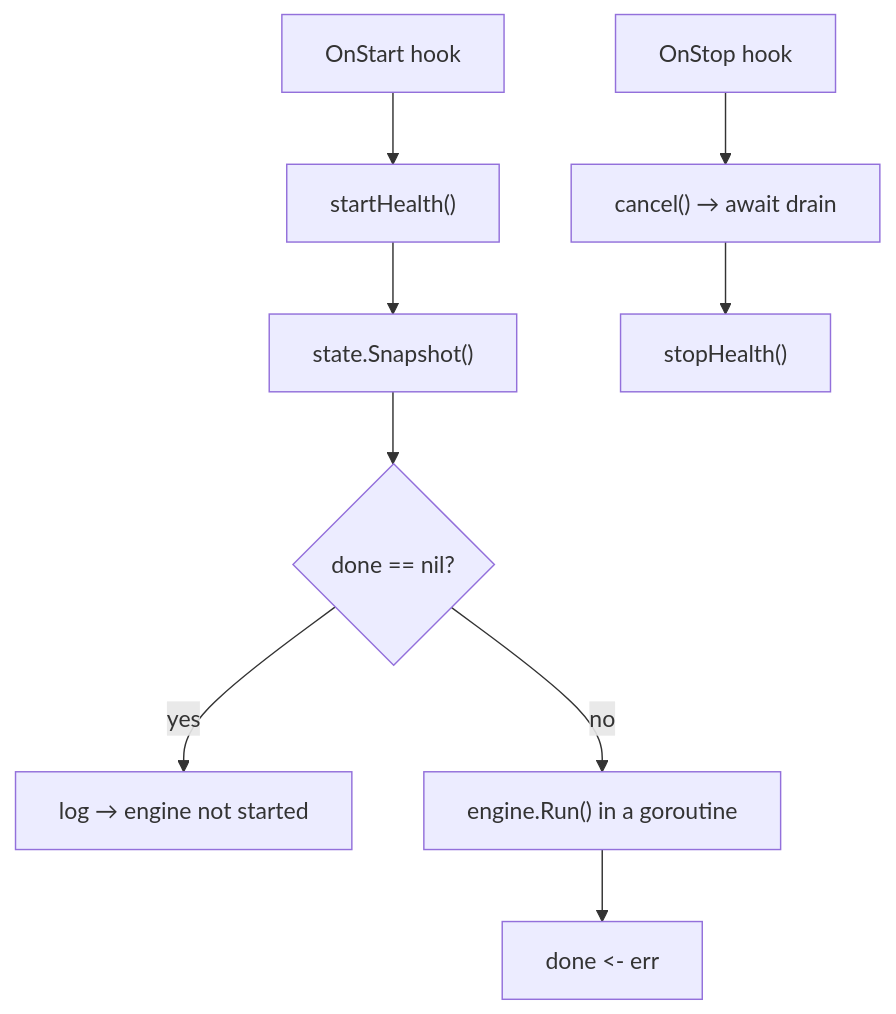
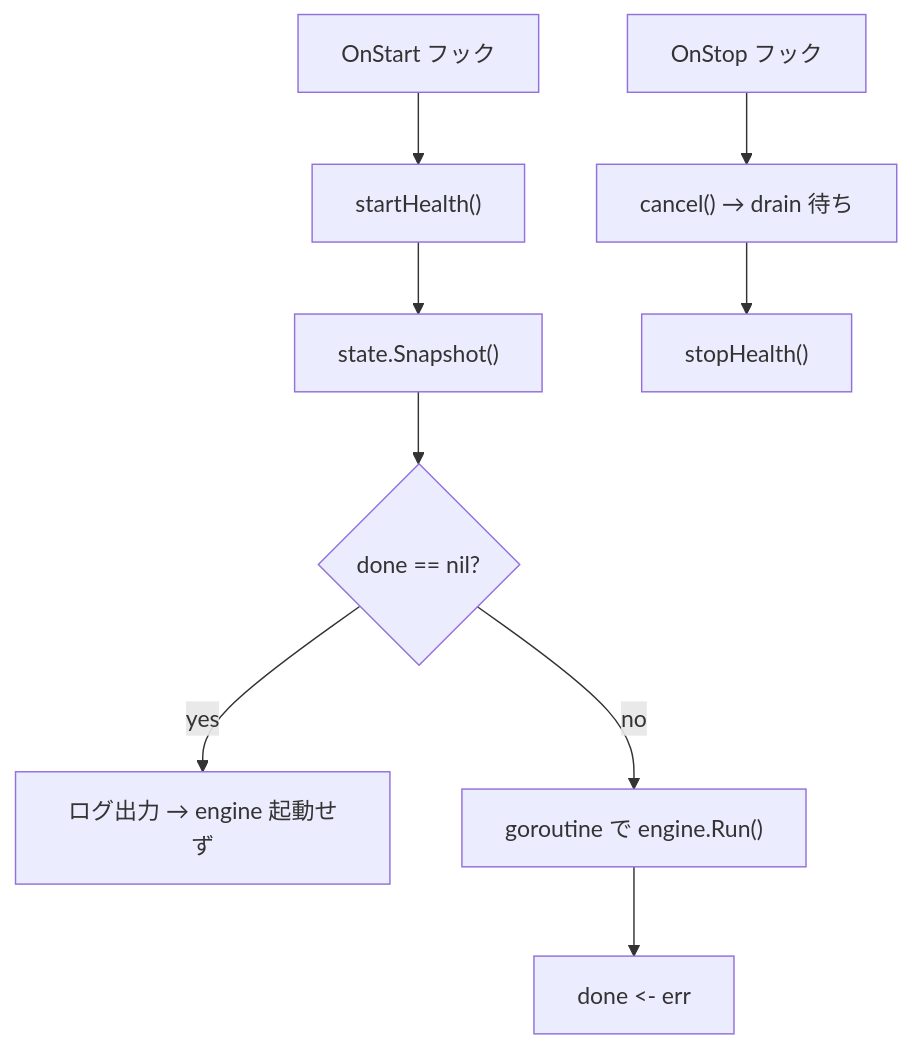
One commit to Tomy-ch/go-boilerplate changed the diagram in internal/di/worker/hook/README.md. Above: the diagram before and after it, drawn with Mermaid. The commit also changed other lines of this file and 970 other files, not shown here.

````diff
--- a/internal/di/worker/hook/README.md
+++ b/internal/di/worker/hook/README.md
@@ -9,18 +9,18 @@
 ```mermaid
 flowchart TB
-    Start["OnStart hook"]
+    Start["OnStart フック"]
     Health["startHealth()"]
     Snapshot["state.Snapshot()"]
     Check{"done == nil?"}
-    NoWorker["log → engine not started"]
-    RunWorker["engine.Run() in a goroutine"]
+    NoWorker["ログ出力 → engine 起動せず"]
+    RunWorker["goroutine で engine.Run()"]
     Done["done <- err"]
-    Stop["OnStop hook"]
-    Cancel["cancel() → await drain"]
+    Stop["OnStop フック"]
+    Cancel["cancel() → drain 待ち"]
     StopHealth["stopHealth()"]
 
     Start --> Health --> Snapshot --> Check
     Check -- yes --> NoWorker
     Check -- no --> RunWorker --> Done
     Stop --> Cancel --> StopHealth
 ```
````
